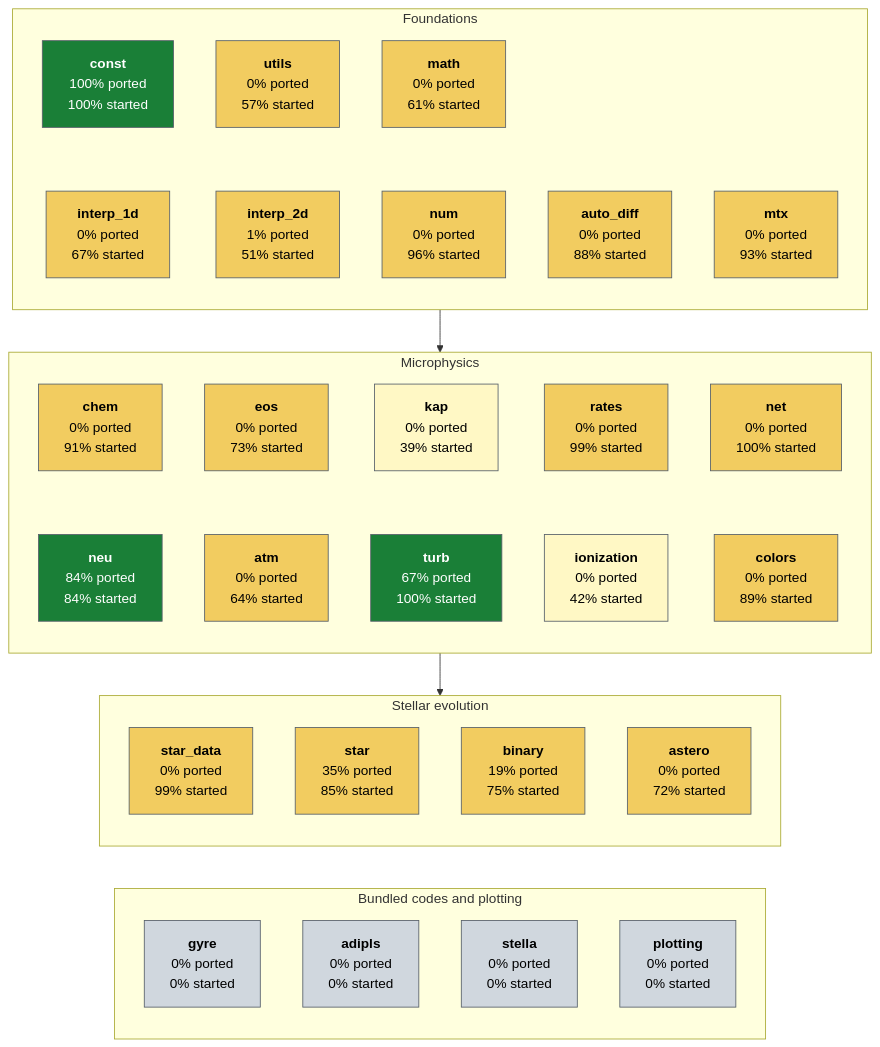
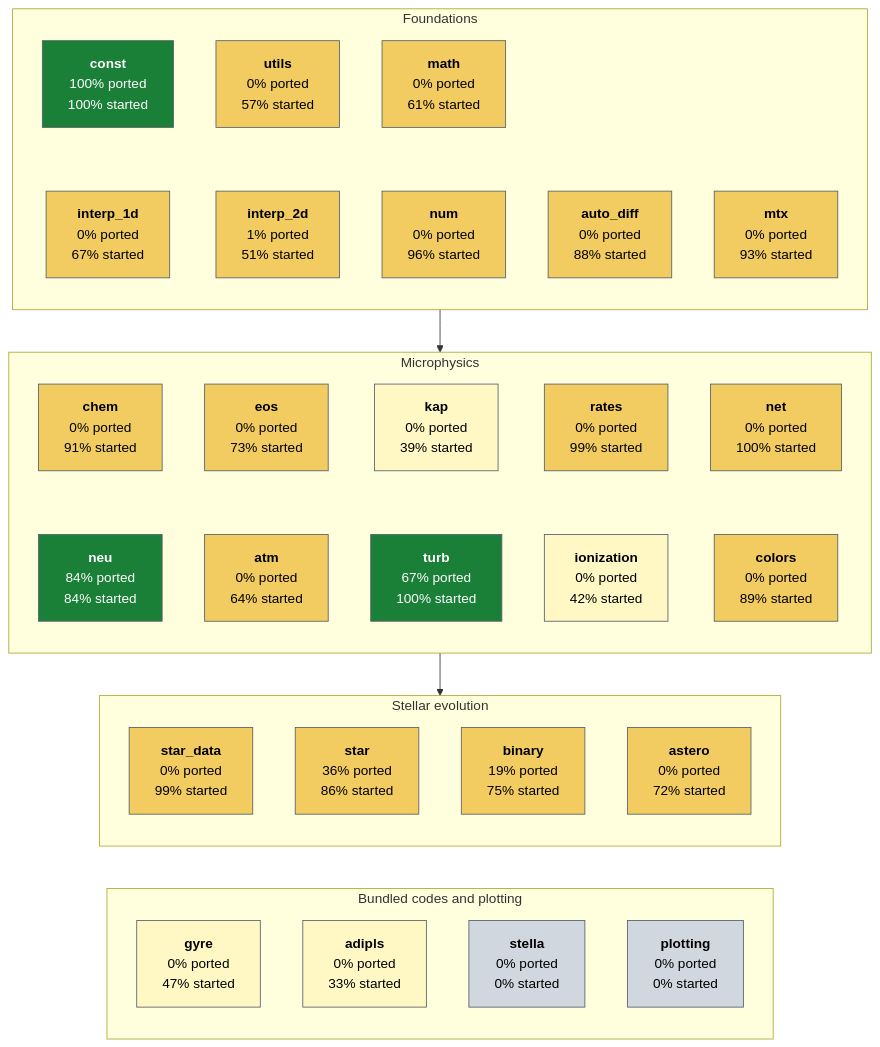
One commit to joshspeagle/FlexMESA changed the second of 2 diagrams in README.md. Above: the diagram before and after it, drawn with Mermaid. The commit also changed other lines of this file and 5 other files, not shown here.

````diff
--- a/README.md
+++ b/README.md
@@ -39,56 +39,56 @@
 ```mermaid
 flowchart TB
     subgraph Foundations["Foundations"]
         direction TB
         const["<b>const</b><br/>100% ported<br/>100% started"]:::ported
         utils["<b>utils</b><br/>0% ported<br/>57% started"]:::partial
         math["<b>math</b><br/>0% ported<br/>61% started"]:::partial
         auto_diff["<b>auto_diff</b><br/>0% ported<br/>88% started"]:::partial
         mtx["<b>mtx</b><br/>0% ported<br/>93% started"]:::partial
         interp_1d["<b>interp_1d</b><br/>0% ported<br/>67% started"]:::partial
         interp_2d["<b>interp_2d</b><br/>1% ported<br/>51% started"]:::partial
         num["<b>num</b><br/>0% ported<br/>96% started"]:::partial
         const ~~~ interp_1d
         utils ~~~ interp_2d
         math ~~~ num
     end
     subgraph Microphysics["Microphysics"]
         direction TB
         chem["<b>chem</b><br/>0% ported<br/>91% started"]:::partial
         eos["<b>eos</b><br/>0% ported<br/>73% started"]:::partial
         kap["<b>kap</b><br/>0% ported<br/>39% started"]:::started
         rates["<b>rates</b><br/>0% ported<br/>99% started"]:::partial
         net["<b>net</b><br/>0% ported<br/>100% started"]:::partial
         neu["<b>neu</b><br/>84% ported<br/>84% started"]:::ported
         atm["<b>atm</b><br/>0% ported<br/>64% started"]:::partial
         turb["<b>turb</b><br/>67% ported<br/>100% started"]:::ported
         ionization["<b>ionization</b><br/>0% ported<br/>42% started"]:::started
         colors["<b>colors</b><br/>0% ported<br/>89% started"]:::partial
         chem ~~~ neu
         eos ~~~ atm
         kap ~~~ turb
         rates ~~~ ionization
         net ~~~ colors
     end
     subgraph Stellar_evolution["Stellar evolution"]
         direction TB
         star_data["<b>star_data</b><br/>0% ported<br/>99% started"]:::partial
-        star["<b>star</b><br/>35% ported<br/>85% started"]:::partial
+        star["<b>star</b><br/>36% ported<br/>86% started"]:::partial
         binary["<b>binary</b><br/>19% ported<br/>75% started"]:::partial
         astero["<b>astero</b><br/>0% ported<br/>72% started"]:::partial
     end
     subgraph Bundled_codes_and_plotting["Bundled codes and plotting"]
         direction TB
-        gyre["<b>gyre</b><br/>0% ported<br/>0% started"]:::absent
-        adipls["<b>adipls</b><br/>0% ported<br/>0% started"]:::absent
+        gyre["<b>gyre</b><br/>0% ported<br/>47% started"]:::started
+        adipls["<b>adipls</b><br/>0% ported<br/>33% started"]:::started
         stella["<b>stella</b><br/>0% ported<br/>0% started"]:::absent
         plotting["<b>plotting</b><br/>0% ported<br/>0% started"]:::absent
     end
     Foundations --> Microphysics
     Microphysics --> Stellar_evolution
     Stellar_evolution ~~~ Bundled_codes_and_plotting
     classDef ported fill:#1a7f37,color:#ffffff,stroke:#57606a
     classDef partial fill:#f2cc60,color:#000000,stroke:#57606a
     classDef started fill:#fff8c5,color:#000000,stroke:#57606a
     classDef absent fill:#d0d7de,color:#000000,stroke:#57606a
 ```
````
